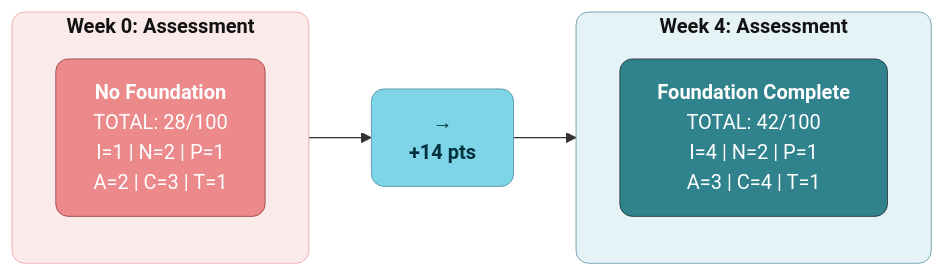
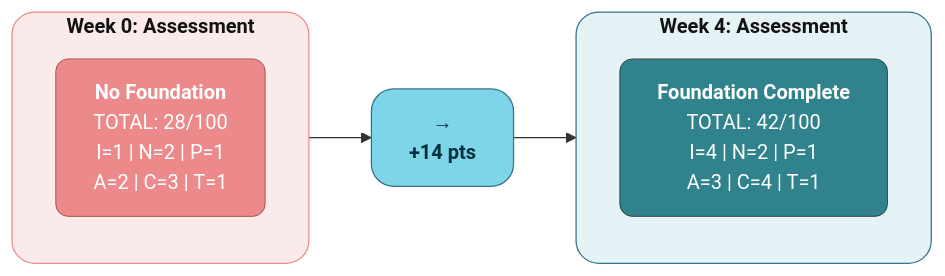
Before and after one commit to saitejesh-cyber/trust-before-intelligence-book: the tenth of 11 diagrams in manuscript/05_chapter_4_foundation_layers.md, drawn with Mermaid. The commit also changed other lines of this file and 12 other files, not shown here.

````diff
--- a/manuscript/05_chapter_4_foundation_layers.md
+++ b/manuscript/05_chapter_4_foundation_layers.md
@@ -1052,20 +1052,20 @@
 ```mermaid
 graph LR
     subgraph week0["<b>Week 0: Assessment</b>"]
         W0["<b>No Foundation</b><br/>TOTAL: 28/100</b><br/>I=1 | N=2 | P=1<br/>A=2 | C=3 | T=1"]
     end
     
     ARROW["<b>→</b><br/><b>+14 pts</b>"]
     
     subgraph week4["<b>Week 4: Assessment</b>"]
         W4["<b>Foundation Complete</b><br/>TOTAL: 42/100</b><br/>I=4 | N=2 | P=1<br/>A=3 | C=4 | T=1"]
     end
     
     week0 --> ARROW --> week4
     
-    style week0 fill:#FBEAEA,stroke:#EB898B,stroke-width:0.5px,color:#121212,rx:10,ry:10
+    style week0 fill:#FBEAEA,stroke:#EB898B,stroke-width:1px,color:#121212,rx:18,ry:18
     style W0 fill:#EB898B,color:#ffffff,stroke:#7A1F22,stroke-width:0.5px,rx:10,ry:10
-    style ARROW fill:#7FD5E8,stroke:#32738C,stroke-width:0.5px,color:#00323D,rx:10,ry:10
-    style week4 fill:#E6F3F6,stroke:#32738C,stroke-width:0.5px,color:#121212,rx:10,ry:10
+    style ARROW fill:#7FD5E8,stroke:#32738C,stroke-width:1px,color:#00323D,rx:18,ry:18
+    style week4 fill:#E6F3F6,stroke:#32738C,stroke-width:1px,color:#121212,rx:18,ry:18
     style W4 fill:#30838C,color:#ffffff,stroke:#0D0D0D,stroke-width:0.5px,rx:10,ry:10
 ```
````
